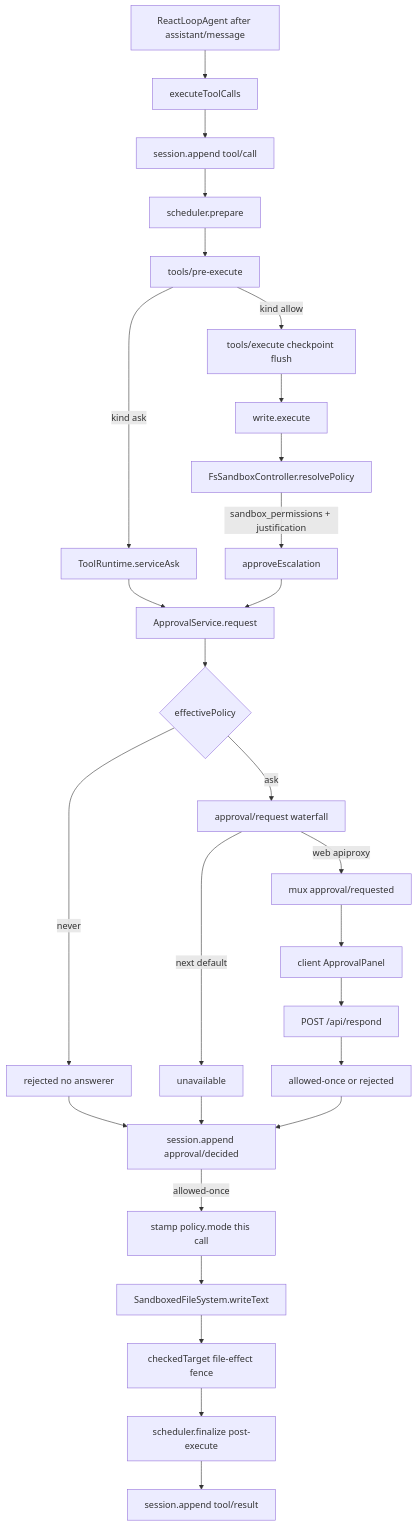
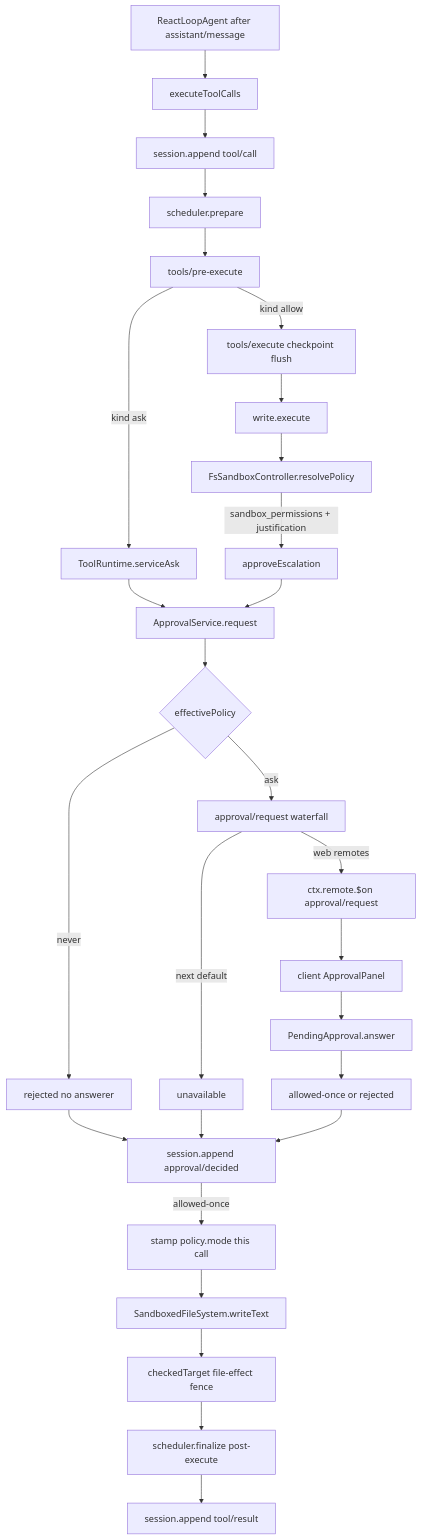
The diagram in docs/llm-wiki/deepseek-harness/spine/trace-tool-approval.md (wdnmdtonyma/SOTA-Agent-LLM-Wiki), drawn with Mermaid before and after one commit. The commit also changed other lines of this file and 217 other files, not shown here.

````diff
--- a/docs/llm-wiki/deepseek-harness/spine/trace-tool-approval.md
+++ b/docs/llm-wiki/deepseek-harness/spine/trace-tool-approval.md
@@ -64,30 +62,30 @@
 ```mermaid
 flowchart TD
   A["ReactLoopAgent after assistant/message"] --> B["executeToolCalls"]
   B --> C["session.append tool/call"]
   C --> D["scheduler.prepare"]
   D --> E["tools/pre-execute"]
   E -->|"kind ask"| F["ToolRuntime.serviceAsk"]
   E -->|"kind allow"| G["tools/execute checkpoint flush"]
   F --> H["ApprovalService.request"]
   G --> I["write.execute"]
   I --> J["FsSandboxController.resolvePolicy"]
   J -->|"sandbox_permissions + justification"| K["approveEscalation"]
   K --> H
   H --> L{"effectivePolicy"}
   L -->|"never"| M["rejected no answerer"]
   L -->|"ask"| N["approval/request waterfall"]
   N -->|"next default"| O["unavailable"]
-  N -->|"web apiproxy"| P["mux approval/requested"]
+  N -->|"web remotes"| P["ctx.remote.$on approval/request"]
   P --> Q["client ApprovalPanel"]
-  Q --> R["POST /api/respond"]
+  Q --> R["PendingApproval.answer"]
   R --> S["allowed-once or rejected"]
   S --> T["session.append approval/decided"]
   T -->|"allowed-once"| U["stamp policy.mode this call"]
   U --> V["SandboxedFileSystem.writeText"]
   V --> W["checkedTarget file-effect fence"]
   W --> X["scheduler.finalize post-execute"]
   X --> Y["session.append tool/result"]
   M --> T
   O --> T
 ```
````
